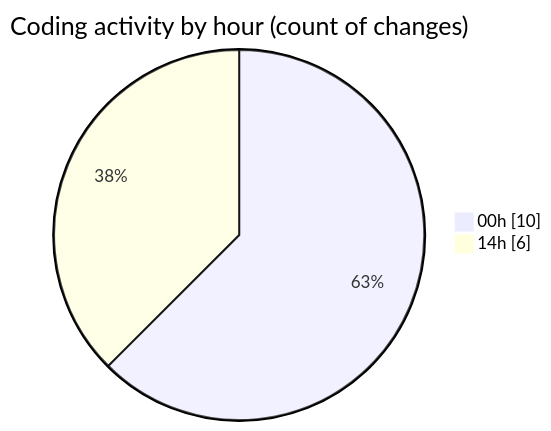
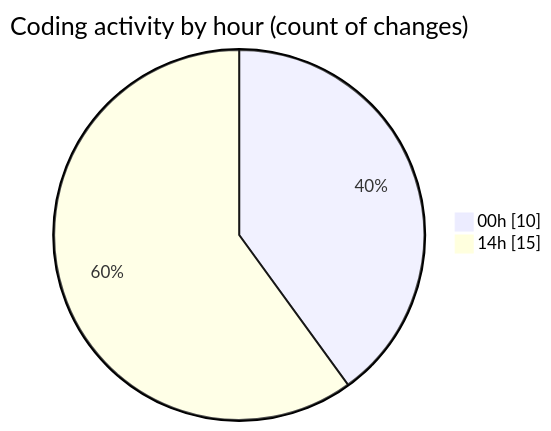
The second of 2 diagrams in 2025-04-07/echo/README.md (Netris89/code-tracking), drawn with Mermaid before and after one commit. The commit also changed other lines of this file and 1 other file, not shown here.

````diff
--- a/2025-04-07/echo/README.md
+++ b/2025-04-07/echo/README.md
@@ -33,6 +33,6 @@
 ```mermaid
 pie showData
 title Coding activity by hour (count of changes)
 "00h" : 10
-"14h" : 6
+"14h" : 15
 ```
````
